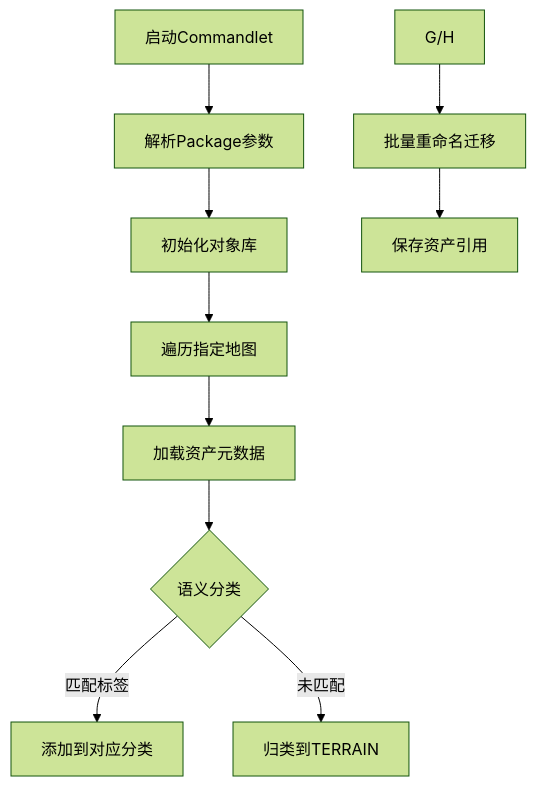
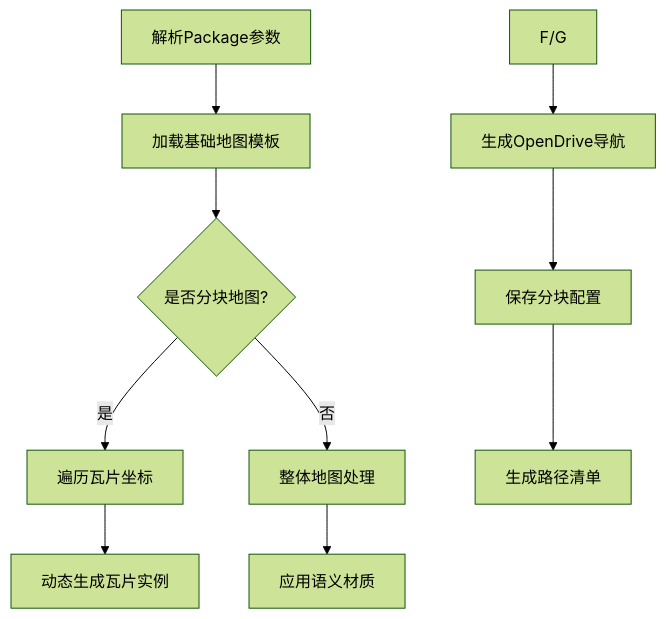
The diagram in docs/modules/Commandlet.md (OpenHUTB/carla_doc), drawn with Mermaid (forest theme) before and after one commit. The commit also changed other lines of this file, not shown here.

````diff
--- a/docs/modules/Commandlet.md
+++ b/docs/modules/Commandlet.md
@@ -92,12 +114,12 @@
 ```mermaid
 graph TD
-  A[启动Commandlet] --> B[解析Package参数]
-  B --> C[初始化对象库]
-  C --> D[遍历指定地图]
-  D --> E[加载资产元数据]
-  E --> F{语义分类}
-  F -->|匹配标签| G[添加到对应分类]
-  F -->|未匹配| H[归类到TERRAIN]
-  G/H --> I[批量重命名迁移]
-  I --> J[保存资产引用]
+  A[解析Package参数] --> B[加载基础地图模板]
+  B --> C{是否分块地图?}
+  C -->|是| D[遍历瓦片坐标]
+  C -->|否| E[整体地图处理]
+  D --> F[动态生成瓦片实例]
+  E --> G[应用语义材质]
+  F/G --> H[生成OpenDrive导航]
+  H --> I[保存分块配置]
+  I --> J[生成路径清单]
 ```
````
